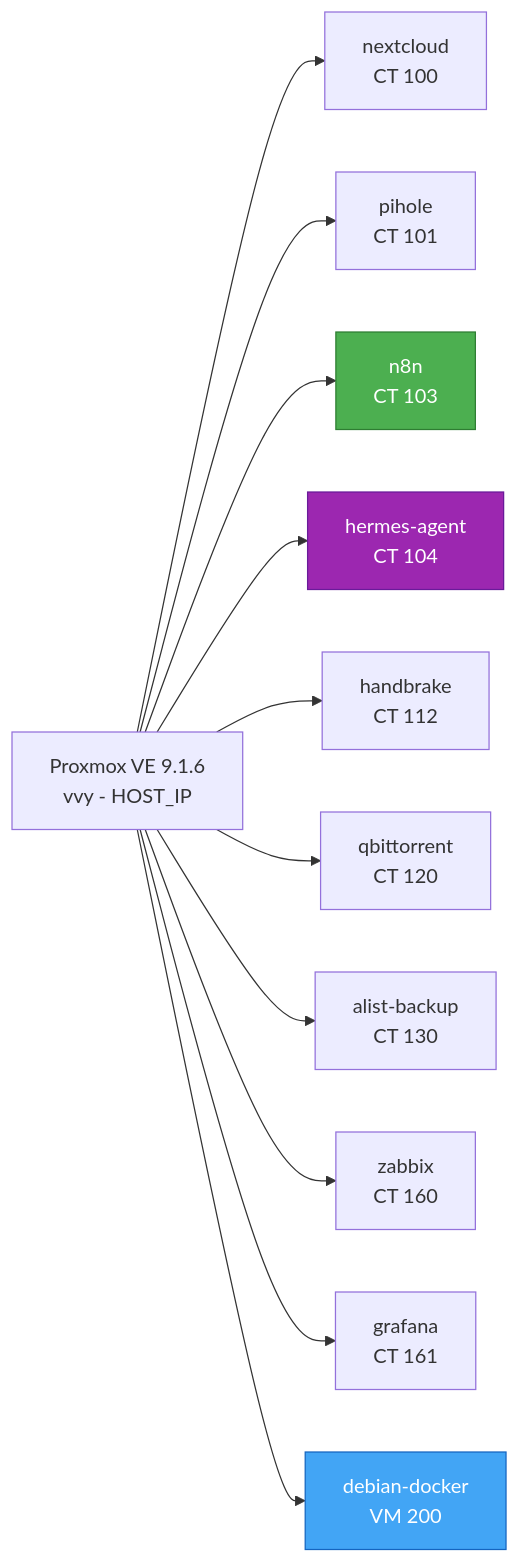
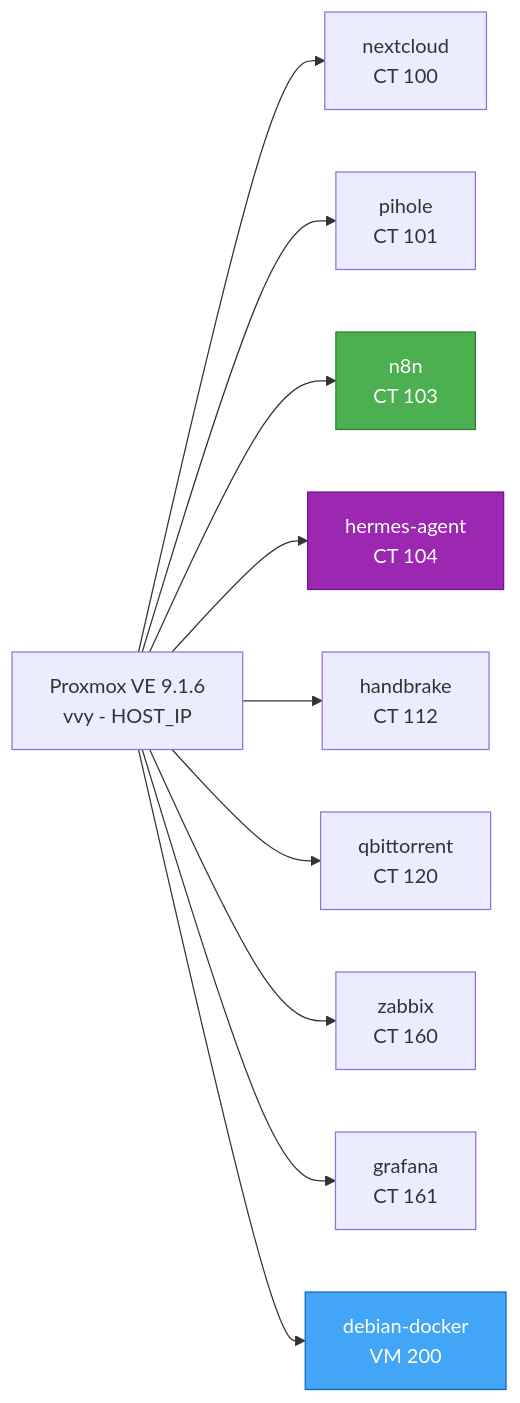
One commit to mviniciusy/vvy-homelab changed the diagram in docs/proxmox-setup.md. Above: the diagram before and after it, drawn with Mermaid. The commit also changed other lines of this file and 12 other files, not shown here.

````diff
--- a/docs/proxmox-setup.md
+++ b/docs/proxmox-setup.md
@@ -15,18 +15,17 @@
 ```mermaid
 graph LR
     PVE[Proxmox VE 9.1.6<br/>vvy - HOST_IP] --> LXC100[nextcloud<br/>CT 100]
     PVE --> LXC101[pihole<br/>CT 101]
    
     PVE --> LXC103[n8n<br/>CT 103]
     PVE --> LXC104[hermes-agent<br/>CT 104]
     PVE --> LXC112[handbrake<br/>CT 112]
     PVE --> LXC120[qbittorrent<br/>CT 120]
-    PVE --> LXC130[alist-backup<br/>CT 130]
     PVE --> LXC160[zabbix<br/>CT 160]
     PVE --> LXC161[grafana<br/>CT 161]
     PVE --> VM200[debian-docker<br/>VM 200]
 
        style LXC103 fill:#4caf50,stroke:#2e7d32,color:#fff
     style LXC104 fill:#9c27b0,stroke:#6a1b9a,color:#fff
     style VM200 fill:#42a5f5,stroke:#1565c0,color:#fff
 ```
````
